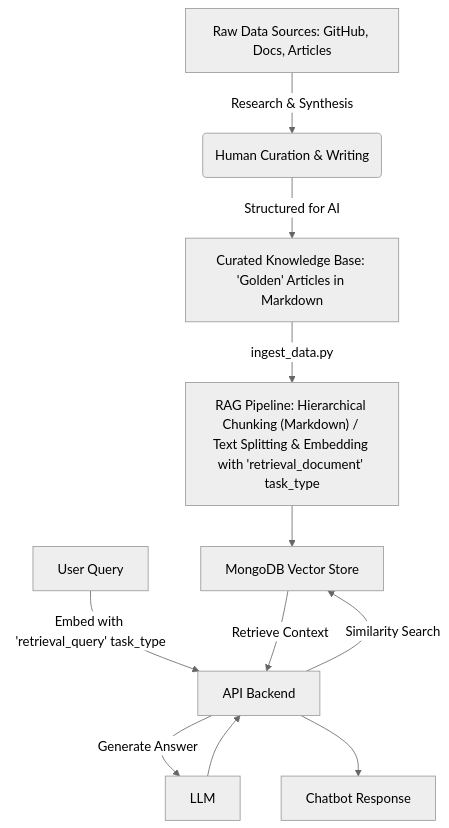
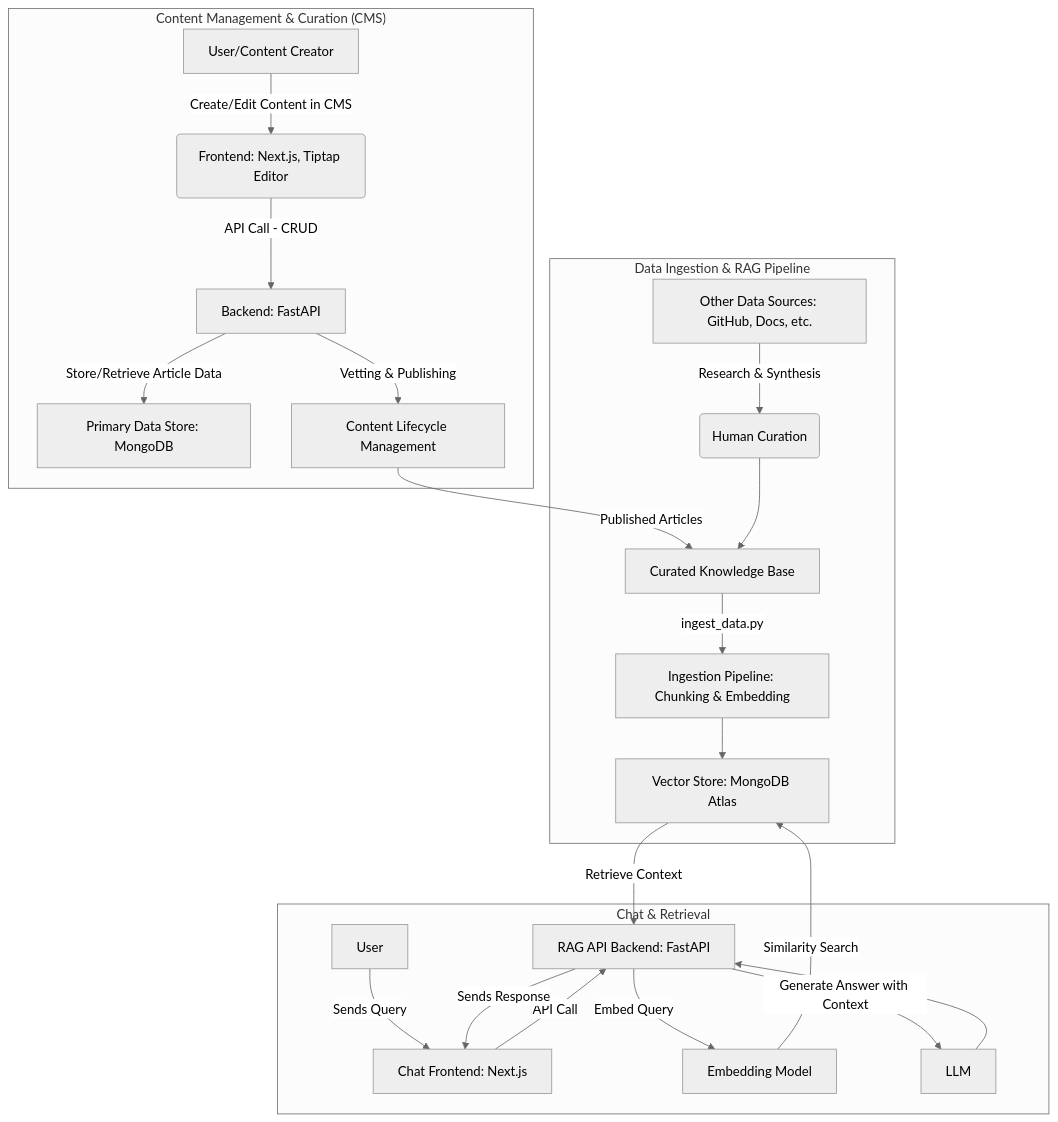
Before and after one commit to IndigoNakamoto/Litecoin-Knowledge-Hub: the diagram in README.md, drawn with Mermaid (neutral theme).

Commit message:
Docs: Revise Architecture mermaid graph

````diff
--- a/README.md
+++ b/README.md
@@ -119,13 +119,29 @@
 ```mermaid
 graph TD
-    A[Raw Data Sources: GitHub, Docs, Articles] -->|Research & Synthesis| B(Human Curation & Writing);
-    B -->|Structured for AI| C[Curated Knowledge Base: 'Golden' Articles in Markdown];
-    C -->|ingest_data.py| D["RAG Pipeline: Hierarchical Chunking (Markdown) / Text Splitting & Embedding with 'retrieval_document' task_type"];
-    D --> E[MongoDB Vector Store];
-    F[User Query] -->|Embed with 'retrieval_query' task_type| G[API Backend];
-    G -->|Similarity Search| E;
-    E -->|Retrieve Context| G;
-    G -->|Generate Answer| H[LLM];
-    H --> G;
-    G --> I[Chatbot Response];
+    subgraph "Content Management & Curation (CMS)"
+        A[User/Content Creator] -->|Create/Edit Content in CMS| B(Frontend: Next.js, Tiptap Editor)
+        B -->|API Call - CRUD| C[Backend: FastAPI]
+        C -->|Store/Retrieve Article Data| D[Primary Data Store: MongoDB]
+        C -->|Vetting & Publishing| F[Content Lifecycle Management]
+    end
+
+    subgraph "Data Ingestion & RAG Pipeline"
+        A_Raw[Other Data Sources: GitHub, Docs, etc.] -->|Research & Synthesis| G(Human Curation)
+        F -->|Published Articles| H[Curated Knowledge Base]
+        G --> H
+        H -->|ingest_data.py| I["Ingestion Pipeline: Chunking & Embedding"]
+        I --> J[Vector Store: MongoDB Atlas]
+    end
+
+    subgraph "Chat & Retrieval"
+        K[User] -->|Sends Query| L[Chat Frontend: Next.js]
+        L -->|API Call| M[RAG API Backend: FastAPI]
+        M -->|Embed Query| N[Embedding Model]
+        N -->|Similarity Search| J
+        J -->|Retrieve Context| M
+        M -->|Generate Answer with Context| O[LLM]
+        O --> M
+        M -->|Sends Response| L
+    end
+
 ```
````
